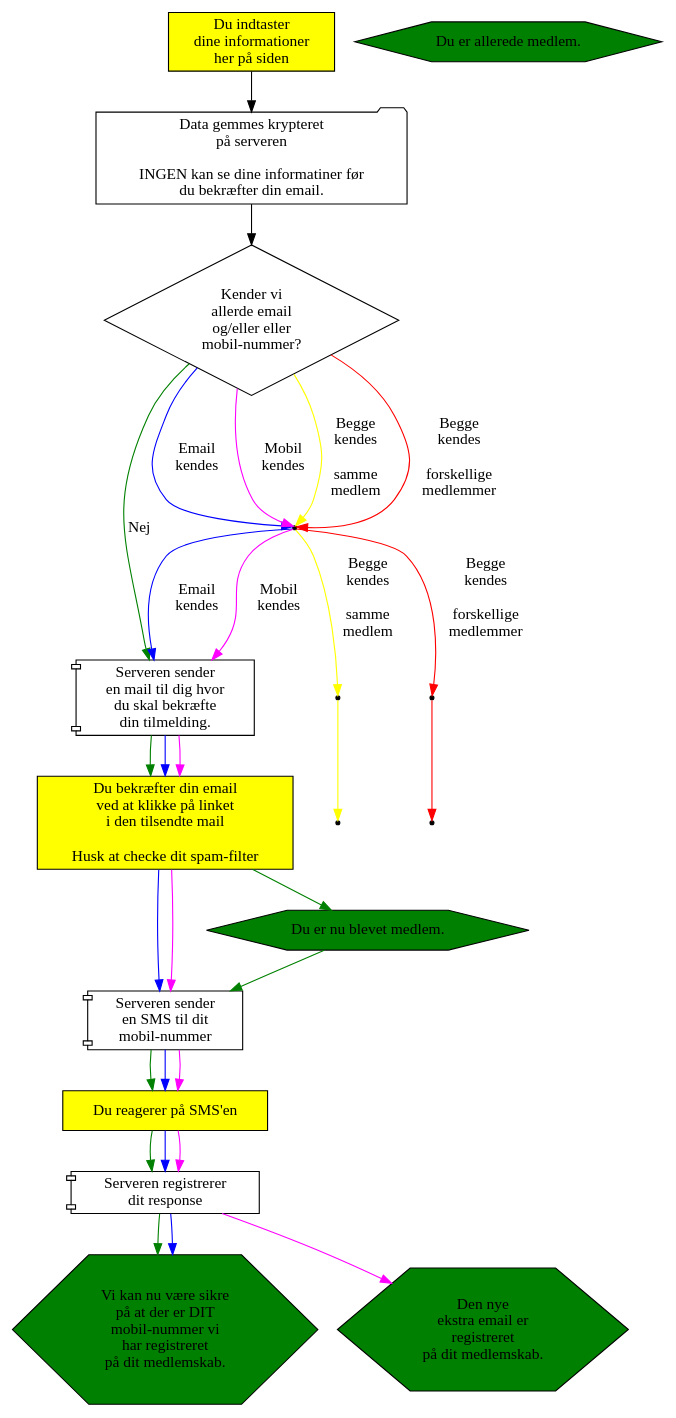
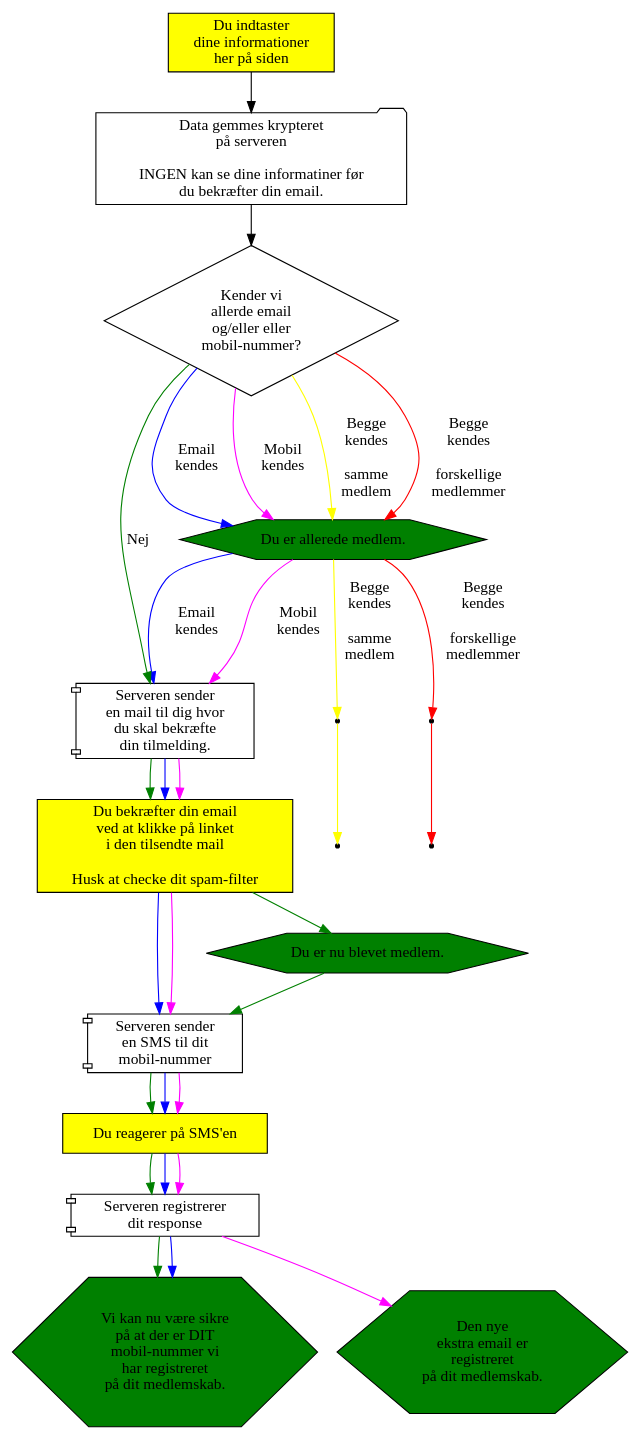
One commit to alslug/alslug.dk changed the diagram in medlemskab/indmeldelse.dot. Above: the diagram before and after it, drawn with Graphviz.

```diff
--- a/medlemskab/indmeldelse.dot
+++ b/medlemskab/indmeldelse.dot
@@ -1,55 +1,55 @@
 digraph indmeldelse {
   { # Dine handlinger
     node [ shape=box style=filled fillcolor=yellow ];
     indtast         [label="Du indtaster\ndine informationer\nher på siden"];
     confirm_email   [label="Du bekræfter din email\nved at klikke på linket\ni den tilsendte mail\n\nHusk at checke dit spam-filter"];
     confirm_sms     [label="Du reagerer på SMS'en"];
   }
   send_tilmelding        [shape=folder label="Data gemmes krypteret \n på serveren \n \n INGEN kan se dine informatiner før \n du bekræfter din email."];
   { # Server-aktiviteter
     node [shape=component];
     server_sender_email [label="Serveren sender \n en mail til dig hvor \n du skal bekræfte \n din tilmelding."];
     server_sender_sms   [label="Serveren sender \n en SMS til dit \n mobil-nummer"];
     sms_confirmed       [label="Serveren registrerer \n dit response"];
   }
   { # Results
     node [shape=hexagon   style=filled fillcolor=green ];
     du_biver_medlem        [label="Du er nu blevet medlem."];
     allerede_medlem        [label="Du er allerede medlem."];
     mobile_ok              [label="Vi kan nu være sikre \n på at der er DIT \n mobil-nummer vi \n har registreret \n på dit medlemskab."]; 
     email_added            [label="Den nye \n ekstra email er \n registreret \n på dit medlemskab." ];
   }
   { # Valg
     node [shape=diamond];
     findes_allerede        [label="Kender vi \n allerde email \n og/eller eller \n mobil-nummer?"];
   }
 
   node [shape=point];
 
   indtast -> send_tilmelding -> findes_allerede;
   {
     edge [color=green];
                                 findes_allerede ->                    server_sender_email [label="Nej"];
                                                                       server_sender_email -> confirm_email -> du_biver_medlem -> server_sender_sms -> confirm_sms -> sms_confirmed  -> mobile_ok;
   }
   {
     edge [color=blue];
-                                findes_allerede -> alledere_medlem -> server_sender_email [label="Email \n kendes"];
+                                findes_allerede -> allerede_medlem -> server_sender_email [label="Email \n kendes"];
                                                                       server_sender_email -> confirm_email ->                    server_sender_sms -> confirm_sms -> sms_confirmed -> mobile_ok;
   }
   {
     edge [color=magenta];
-                                findes_allerede -> alledere_medlem -> server_sender_email [label="Mobil \n kendes"];
+                                findes_allerede -> allerede_medlem -> server_sender_email [label="Mobil \n kendes"];
                                                                       server_sender_email -> confirm_email ->                    server_sender_sms -> confirm_sms -> sms_confirmed -> email_added;
   }
   {
     edge [color=yellow];
-                                findes_allerede-> alledere_medlem -> samme_member         [label="Begge \n kendes \n\n samme \n medlem"];
+                                findes_allerede-> allerede_medlem -> samme_member         [label="Begge \n kendes \n\n samme \n medlem"];
                                                                      samme_member         -> already_member_email;
   }
   {
     edge [color=red];
-                                findes_allerede-> alledere_medlem -> different_members    [label="Begge \n kendes \n\n forskellige \n medlemmer"];
+                                findes_allerede-> allerede_medlem -> different_members    [label="Begge \n kendes \n\n forskellige \n medlemmer"];
                                                                      different_members    -> diffierent_members_email;
   }
 }
```
